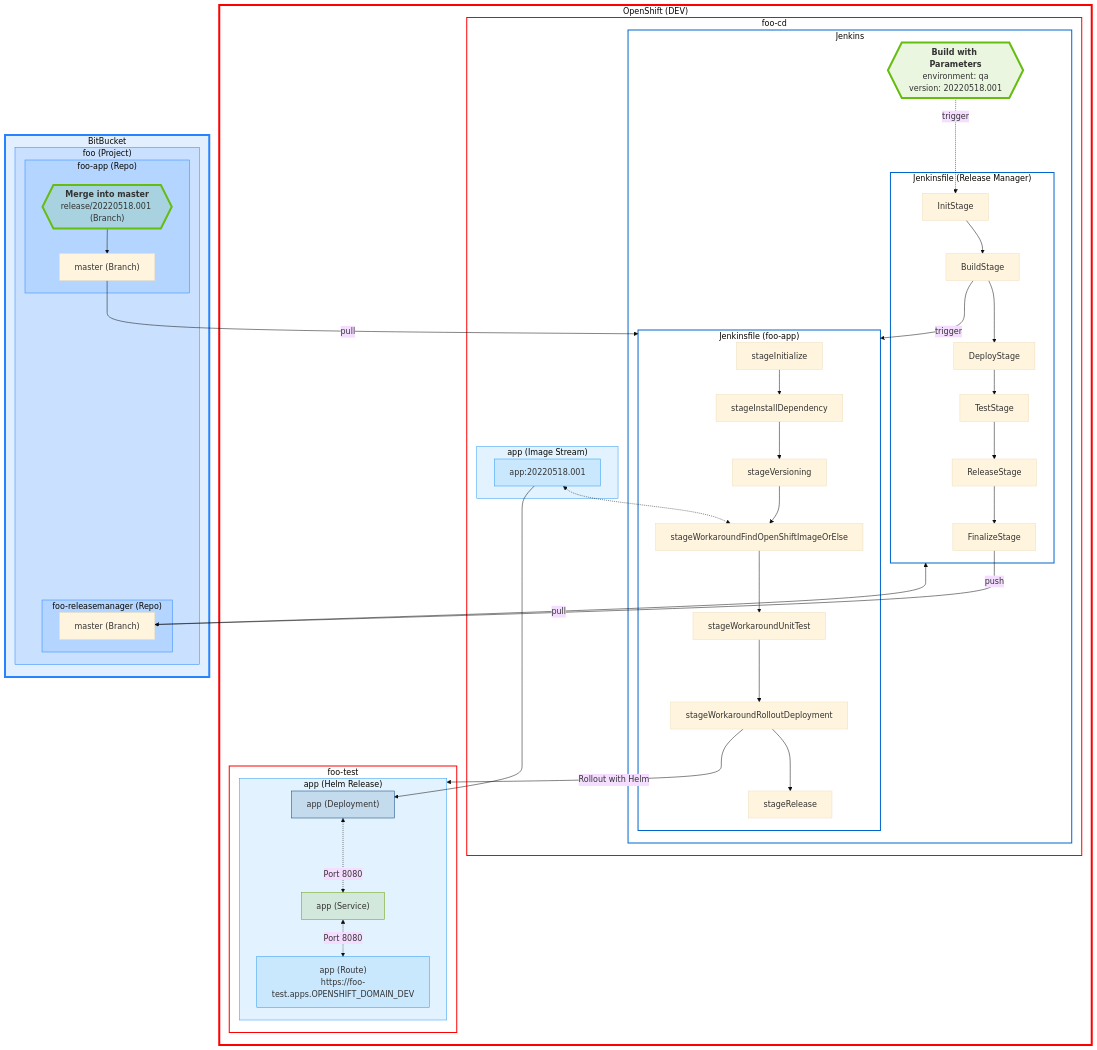
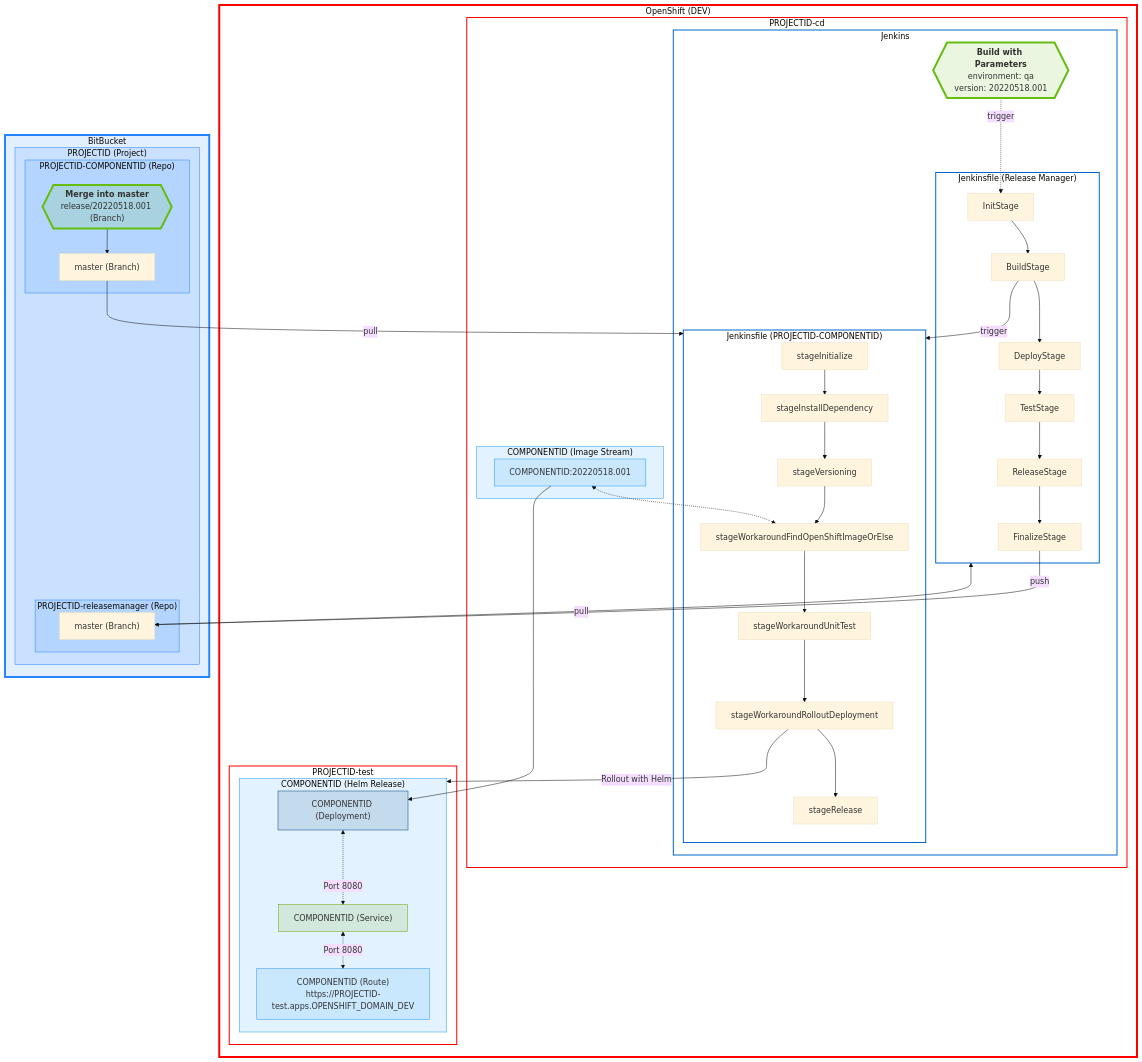
One commit to SimonGolms/ods-quickstarter-fe-ionic-react-vite-playwright changed the fourth of 5 diagrams in README.md. Above: the diagram before and after it, drawn with Mermaid (base theme). The commit also changed other lines of this file, not shown here.

````diff
--- a/README.md
+++ b/README.md
@@ -802,70 +802,70 @@
 ```mermaid
 %% If the Mermaid Diagram is not rendered (as is the case on BitBucket), it can be viewed at https://mermaid.live/
 flowchart TB
     subgraph openshift-dev["OpenShift (DEV)"]
-        subgraph foo-cd
+        subgraph PROJECTID-cd
             subgraph jenkins["Jenkins"]
                 build-with-parameters{{"<strong>Build with Parameters</strong>\nenvironment: qa\nversion: 20220518.001"}}:::classManualTask
                 subgraph jenkinsfile-releasemanager["Jenkinsfile (Release Manager)"]
                     InitStage --> BuildStage --> DeployStage --> TestStage --> ReleaseStage --> FinalizeStage
                 end
-                subgraph jenkinsfile-foo-app["Jenkinsfile (foo-app)"]
+                subgraph jenkinsfile-PROJECTID-COMPONENTID["Jenkinsfile (PROJECTID-COMPONENTID)"]
                     stageInitialize --> stageInstallDependency --> stageVersioning --> stageWorkaroundFindOpenShiftImageOrElse --> stageWorkaroundUnitTest --> stageWorkaroundRolloutDeployment --> stageRelease
                 end
             end
-            subgraph cd-IS-app["app (Image Stream)"]
-                cd-IST-app["app:20220518.001"]:::classImageStreamTag
+            subgraph cd-IS-COMPONENTID["COMPONENTID (Image Stream)"]
+                cd-IST-COMPONENTID["COMPONENTID:20220518.001"]:::classImageStreamTag
             end
         end
-        subgraph foo-test
-            subgraph test-HR-app["app (Helm Release)"]
-                test-D-app["app (Deployment)"]:::classDeployment <-. Port 8080 .-> test-S-app["app (Service)"]:::classService <-. Port 8080 .-> test-RT-app["app (Route)\nhttps://foo-test.apps.OPENSHIFT_DOMAIN_DEV"]:::classRoute
+        subgraph PROJECTID-test
+            subgraph test-HR-COMPONENTID["COMPONENTID (Helm Release)"]
+                test-D-COMPONENTID["COMPONENTID (Deployment)"]:::classDeployment <-. Port 8080 .-> test-S-COMPONENTID["COMPONENTID (Service)"]:::classService <-. Port 8080 .-> test-RT-COMPONENTID["COMPONENTID (Route)\nhttps://PROJECTID-test.apps.OPENSHIFT_DOMAIN_DEV"]:::classRoute
             end
         end
     end
     subgraph BitBucket
-        subgraph bitbucket-foo["foo (Project)"]
-            subgraph bitbucket-foo-app["foo-app (Repo)"]
-                bitbucket-foo-app-branch-master["master (Branch)"]
+        subgraph bitbucket-PROJECTID["PROJECTID (Project)"]
+            subgraph bitbucket-PROJECTID-COMPONENTID["PROJECTID-COMPONENTID (Repo)"]
+                bitbucket-PROJECTID-COMPONENTID-branch-master["master (Branch)"]
                 merge{{"<strong>Merge into master</strong>\nrelease/20220518.001 (Branch)"}}:::classManualTask
             end
-            subgraph bitbucket-foo-releasemanager["foo-releasemanager (Repo)"]
-                bitbucket-foo-releasemanager-branch-master["master (Branch)"]
+            subgraph bitbucket-PROJECTID-releasemanager["PROJECTID-releasemanager (Repo)"]
+                bitbucket-PROJECTID-releasemanager-branch-master["master (Branch)"]
             end
         end
     end
 
-cd-IST-app <-.-> stageWorkaroundFindOpenShiftImageOrElse
-cd-IST-app --> test-D-app
-bitbucket-foo-app-branch-master -- pull --> jenkinsfile-foo-app
-bitbucket-foo-releasemanager-branch-master -- pull --> jenkinsfile-releasemanager
-merge --> bitbucket-foo-app-branch-master["master (Branch)"]
-BuildStage -- trigger --> jenkinsfile-foo-app
+cd-IST-COMPONENTID <-.-> stageWorkaroundFindOpenShiftImageOrElse
+cd-IST-COMPONENTID --> test-D-COMPONENTID
+bitbucket-PROJECTID-COMPONENTID-branch-master -- pull --> jenkinsfile-PROJECTID-COMPONENTID
+bitbucket-PROJECTID-releasemanager-branch-master -- pull --> jenkinsfile-releasemanager
+merge --> bitbucket-PROJECTID-COMPONENTID-branch-master["master (Branch)"]
+BuildStage -- trigger --> jenkinsfile-PROJECTID-COMPONENTID
 build-with-parameters -. trigger .-> InitStage
-FinalizeStage -- push --> bitbucket-foo-releasemanager-branch-master
-stageWorkaroundRolloutDeployment -- "Rollout with Helm" --> test-HR-app
+FinalizeStage -- push --> bitbucket-PROJECTID-releasemanager-branch-master
+stageWorkaroundRolloutDeployment -- "Rollout with Helm" --> test-HR-COMPONENTID
 
 %% stlyes
 classDef classBitBucket fill:#2684FF22,stroke:#2684FF,stroke-width:4px
 classDef classBitBucketProject fill:#2684FF22,stroke:#2684FF
 classDef classBuildConfig fill:#00408022,stroke:#004080
 classDef classDeployment fill:#00408022,stroke:#004080
 classDef classDeploymentConfig fill:#00408022,stroke:#004080
 classDef classHelmRelease fill:#2b9af322,stroke:#2b9af3
 classDef classImageStream fill:#2b9af322,stroke:#2b9af3
 classDef classImageStreamTag fill:#2b9af322,stroke:#2b9af3
 classDef classOcpProject fill:#ffffff00,stroke:#f00,stroke-width:2px
 classDef classOcpResource fill:#ffffff00,stroke:#06c,stroke-width:2px
 classDef classOpenShift fill:#ffffff00,stroke:#f00,stroke-width:4px
 classDef classRoute fill:#2b9af322,stroke:#2b9af3
 classDef classService fill:#6ca10022,stroke:#6ca100
 classDef classManualTask fill:#65bd1022,stroke:#65bd10,stroke-width:4px
 
 class BitBucket classBitBucket
-class bitbucket-foo,bitbucket-foo-app,bitbucket-foo-releasemanager classBitBucketProject
-class test-HR-app classHelmRelease
-class cd-IS-app classImageStream
-class aqua,ods,foo-cd,foo-test classOcpProject
-class aqua-aqua,jenkins,jenkinsfile-foo-app,jenkinsfile-releasemanager,sonarqube,webhook-proxy classOcpResource
+class bitbucket-PROJECTID,bitbucket-PROJECTID-COMPONENTID,bitbucket-PROJECTID-releasemanager classBitBucketProject
+class test-HR-COMPONENTID classHelmRelease
+class cd-IS-COMPONENTID classImageStream
+class aqua,ods,PROJECTID-cd,PROJECTID-test classOcpProject
+class aqua-aqua,jenkins,jenkinsfile-PROJECTID-COMPONENTID,jenkinsfile-releasemanager,sonarqube,webhook-proxy classOcpResource
 class openshift-dev classOpenShift
 ```
````
